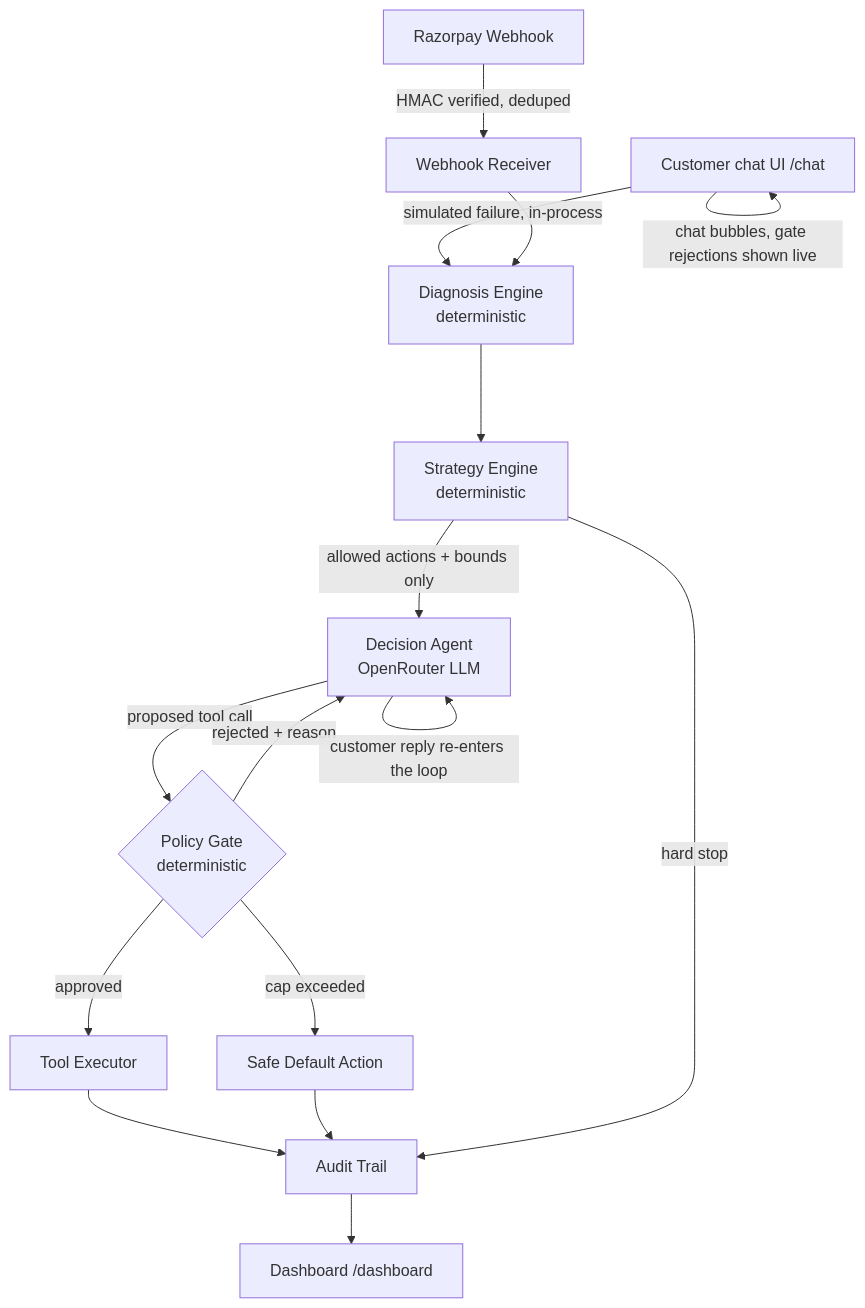
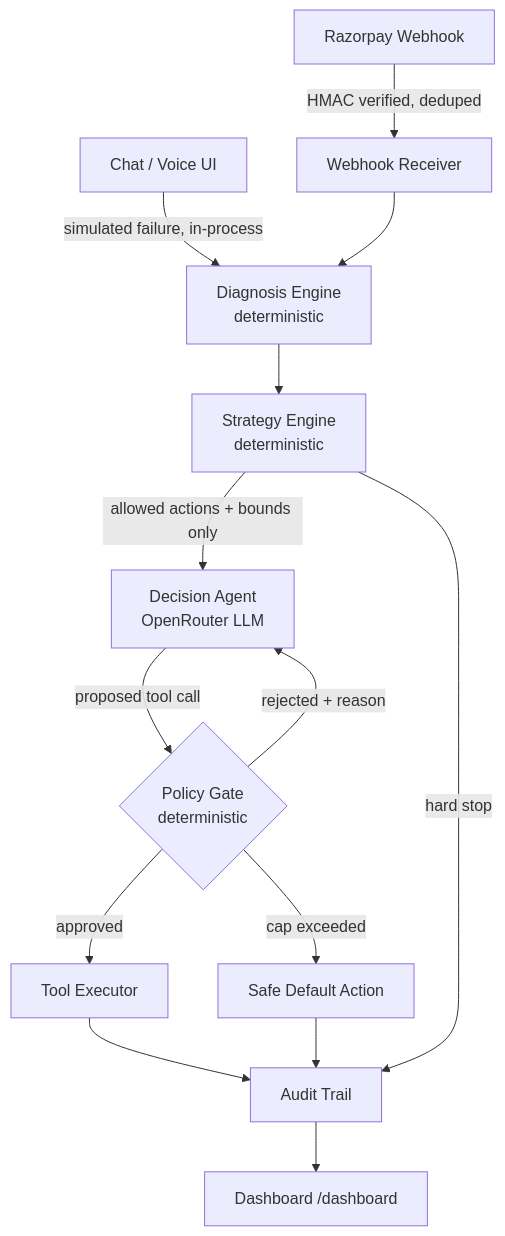
One commit to ShaunT06/project-lazarus changed the diagram in README.md. Above: the diagram before and after it, drawn with Mermaid. The commit also changed other lines of this file and 2 other files, not shown here.

````diff
--- a/README.md
+++ b/README.md
@@ -31,18 +34,16 @@
 ```mermaid
 flowchart TD
     A[Razorpay Webhook] -->|HMAC verified, deduped| B[Webhook Receiver]
-    W[Customer chat UI /chat] -->|simulated failure, in-process| C
+    W["Chat / Voice UI"] -->|simulated failure, in-process| C
     B --> C[Diagnosis Engine<br/>deterministic]
     C --> D[Strategy Engine<br/>deterministic]
     D -->|allowed actions + bounds only| E[Decision Agent<br/>OpenRouter LLM]
     E -->|proposed tool call| F{Policy Gate<br/>deterministic}
     F -->|approved| G[Tool Executor]
     F -->|rejected + reason| E
     F -->|cap exceeded| H[Safe Default Action]
     G --> I[Audit Trail]
     H --> I
     D -->|hard stop| I
-    E -->|customer reply re-enters the loop| E
     I --> V[Dashboard /dashboard]
-    W -->|chat bubbles, gate rejections shown live| W
 ```
````
